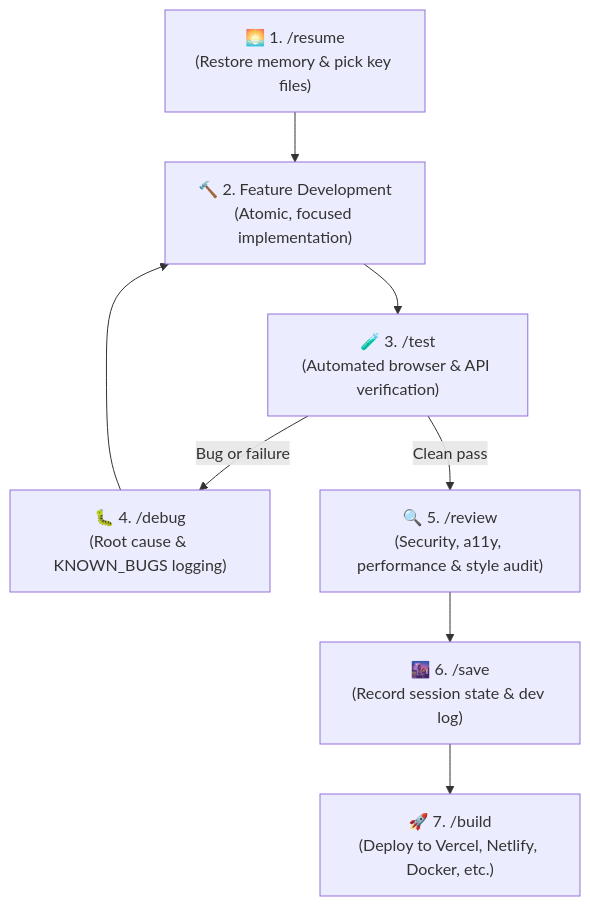
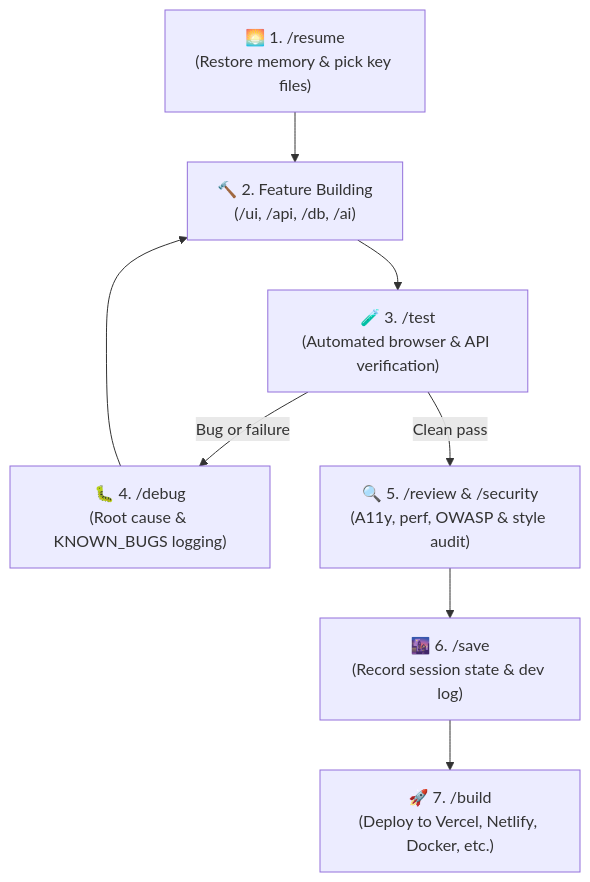
One commit to Samrude1/agentic-fullstack-template changed the diagram in README.md. Above: the diagram before and after it, drawn with Mermaid. The commit also changed other lines of this file and 8 other files, not shown here.

Commit message:
feat: add specialized fullstack domain skills (app-db, app-api, app-ai, app-security, app-ui)

````diff
--- a/README.md
+++ b/README.md
@@ -29,10 +29,10 @@
 ```mermaid
 graph TD
-    A["🌅 1. /resume<br/>(Restore memory & pick key files)"] --> B["🔨 2. Feature Development<br/>(Atomic, focused implementation)"]
+    A["🌅 1. /resume<br/>(Restore memory & pick key files)"] --> B["🔨 2. Feature Building<br/>(/ui, /api, /db, /ai)"]
     B --> C["🧪 3. /test<br/>(Automated browser & API verification)"]
     C -- Bug or failure --> D["🐛 4. /debug<br/>(Root cause & KNOWN_BUGS logging)"]
     D --> B
-    C -- Clean pass --> E["🔍 5. /review<br/>(Security, a11y, performance & style audit)"]
+    C -- Clean pass --> E["🔍 5. /review & /security<br/>(A11y, perf, OWASP & style audit)"]
     E --> F["🌆 6. /save<br/>(Record session state & dev log)"]
     F --> G["🚀 7. /build<br/>(Deploy to Vercel, Netlify, Docker, etc.)"]
 ```
````
